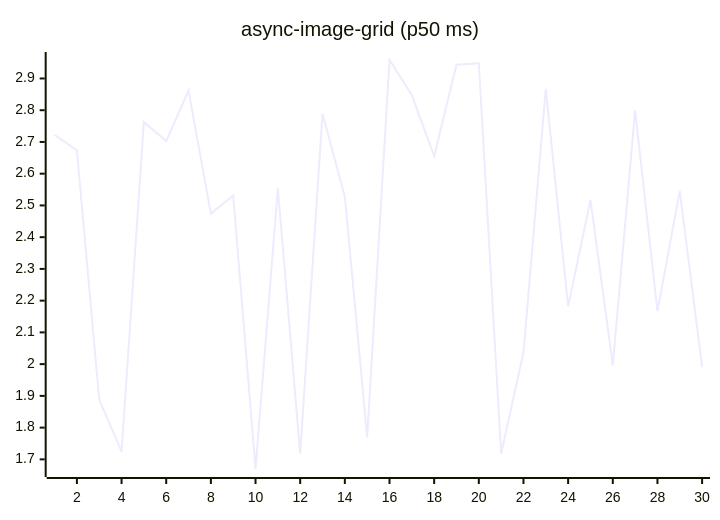
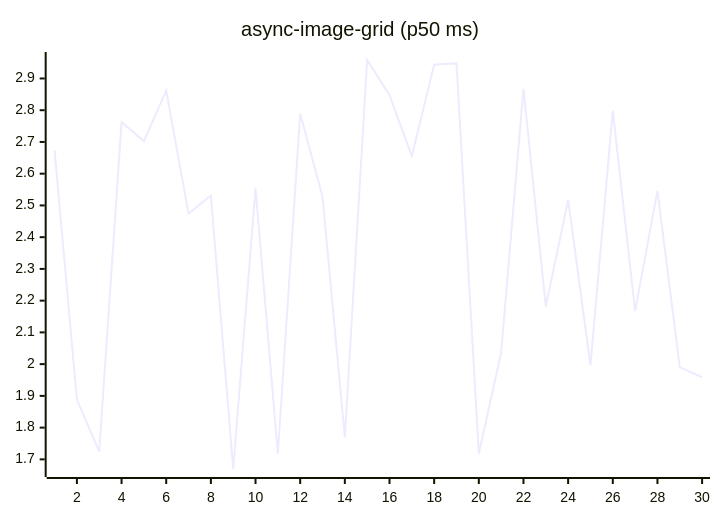
One commit to josha/Facet changed the fifth of 27 diagrams in README.md. Above: the diagram before and after it, drawn with Mermaid. The commit also changed other lines of this file and 2 other files, not shown here.

````diff
--- a/README.md
+++ b/README.md
@@ -91,6 +91,6 @@
 ```mermaid
 xychart-beta
     title "async-image-grid (p50 ms)"
     x-axis 1 --> 30
-    line [2.7222, 2.6737, 1.8884, 1.7244, 2.7624, 2.7026, 2.8617, 2.4742, 2.5316, 1.6696, 2.5539, 1.7175, 2.7892, 2.5277, 1.7701, 2.9582, 2.8471, 2.6552, 2.9433, 2.9481, 1.7177, 2.0365, 2.8674, 2.1819, 2.5171, 1.9970, 2.7988, 2.1671, 2.5459, 1.9906]
+    line [2.6737, 1.8884, 1.7244, 2.7624, 2.7026, 2.8617, 2.4742, 2.5316, 1.6696, 2.5539, 1.7175, 2.7892, 2.5277, 1.7701, 2.9582, 2.8471, 2.6552, 2.9433, 2.9481, 1.7177, 2.0365, 2.8674, 2.1819, 2.5171, 1.9970, 2.7988, 2.1671, 2.5459, 1.9906, 1.9586]
 ```
````
